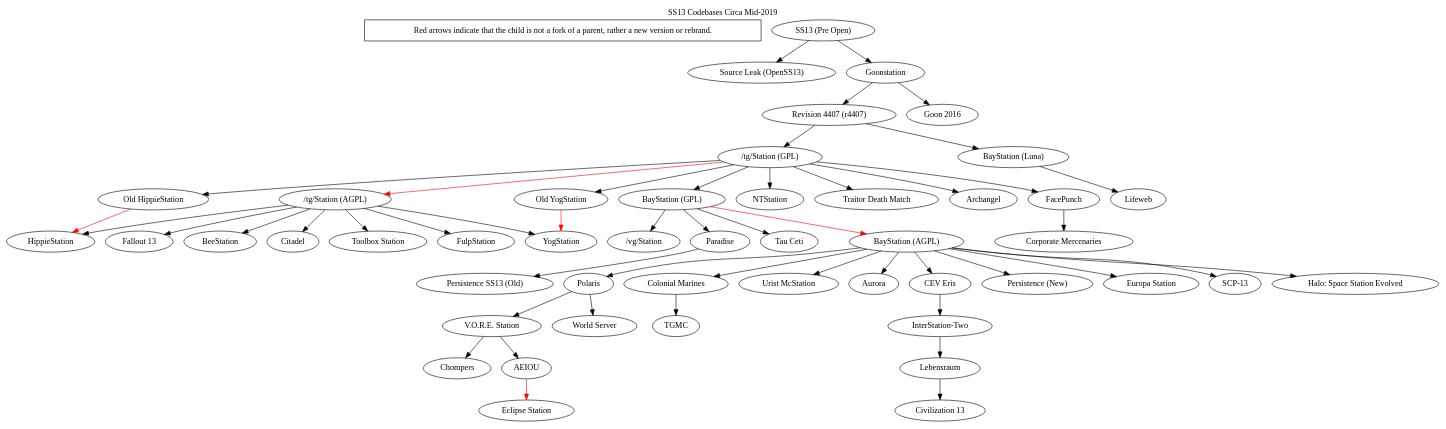
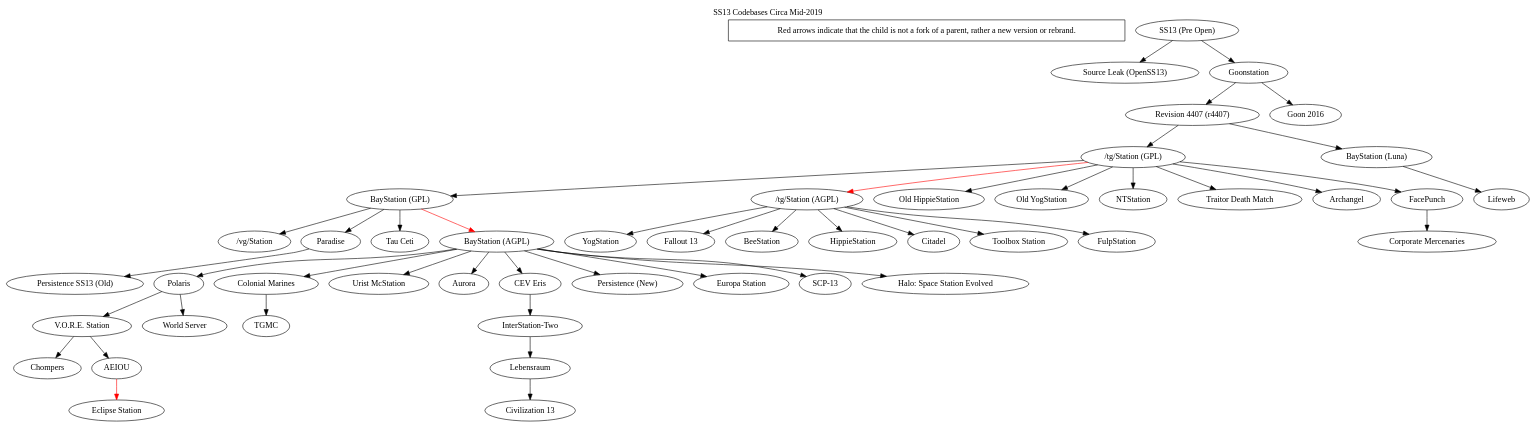
The diagram in tree.dot (spacestation13/SS13-Codebases), drawn with Graphviz before and after one commit. The commit also changed 1 other file, not shown here.

```diff
--- a/tree.dot
+++ b/tree.dot
@@ -1,56 +1,54 @@
 digraph  G {
 	label = "SS13 Codebases Circa Mid-2019"
 	labelloc="t"
 
 	// info boxes
 	"Red arrows indicate that the child is not a fork of a parent, rather a new version or rebrand." [shape=rectangle]
-	
+
 	"SS13 (Pre Open)" -> "Source Leak (OpenSS13)"
 	"SS13 (Pre Open)" -> "Goonstation"
 	"Goonstation" -> "Revision 4407 (r4407)"
 	"Goonstation" -> "Goon 2016"
 	"Revision 4407 (r4407)" -> "/tg/Station (GPL)"
 	"Revision 4407 (r4407)" -> "BayStation (Luna)"
 	"BayStation (Luna)" -> "Lifeweb" 
+	"BayStation (GPL)" -> "/vg/Station"
+	"BayStation (GPL)" -> "Paradise"
+	"BayStation (GPL)" -> "Tau Ceti"
+	"BayStation (GPL)" -> "BayStation (AGPL)"  [color=red]
+	"Paradise" -> "Persistence SS13 (Old)"
 	"/tg/Station (GPL)" -> "/tg/Station (AGPL)" [color=red]
 	"/tg/Station (GPL)" -> "BayStation (GPL)" 
 	"/tg/Station (GPL)" -> "Old HippieStation"
 	"/tg/Station (GPL)" -> "Old YogStation"
 	"/tg/Station (GPL)" -> "NTStation"
 	"/tg/Station (GPL)" -> "Traitor Death Match"
 	"/tg/Station (GPL)" -> "Archangel"
 	"/tg/Station (GPL)" -> "FacePunch"
 	"FacePunch" -> "Corporate Mercenaries"
-	"Old YogStation" -> "YogStation" [color=red]
-	"Old HippieStation" -> "HippieStation" [color=red]
-	"BayStation (GPL)" -> "/vg/Station"
-	"BayStation (GPL)" -> "Paradise"
-	"BayStation (GPL)" -> "Tau Ceti"
-	"BayStation (GPL)" -> "BayStation (AGPL)"  [color=red]
-	"Paradise" -> "Persistence SS13 (Old)"
 	"/tg/Station (AGPL)" -> "YogStation"
 	"/tg/Station (AGPL)" -> "Fallout 13"
 	"/tg/Station (AGPL)" -> "BeeStation"
 	"/tg/Station (AGPL)" -> "HippieStation"
 	"/tg/Station (AGPL)" -> "Citadel"
 	"/tg/Station (AGPL)" -> "Toolbox Station"
 	"/tg/Station (AGPL)" -> "FulpStation"
 	"BayStation (AGPL)" -> "Polaris"
 	"BayStation (AGPL)" -> "Colonial Marines"
 	"BayStation (AGPL)" -> "Urist McStation"
 	"BayStation (AGPL)" -> "Aurora"
 	"BayStation (AGPL)" -> "CEV Eris"
 	"BayStation (AGPL)" -> "Persistence (New)"
 	"BayStation (AGPL)" -> "Europa Station"
 	"BayStation (AGPL)" -> "SCP-13"
 	"BayStation (AGPL)" -> "Halo: Space Station Evolved"
 	"Colonial Marines" -> "TGMC"
 	"CEV Eris" -> "InterStation-Two"
 	"InterStation-Two" -> "Lebensraum"
 	"Lebensraum" -> "Civilization 13"
 	"Polaris" -> "V.O.R.E. Station"
 	"V.O.R.E. Station" -> "Chompers"
 	"V.O.R.E. Station" -> "AEIOU"
 	"Polaris" -> "World Server"
 	"AEIOU" -> "Eclipse Station" [color=red]
 }
```
